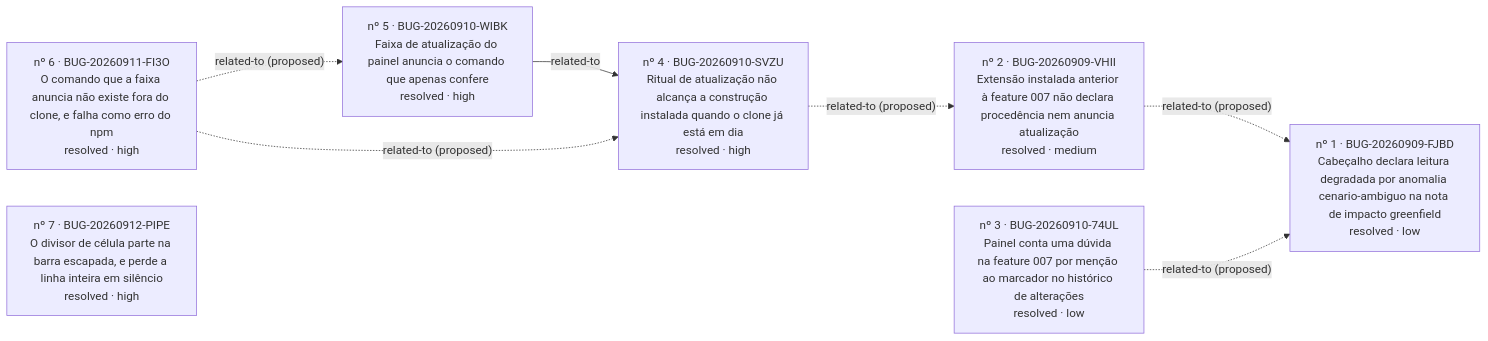
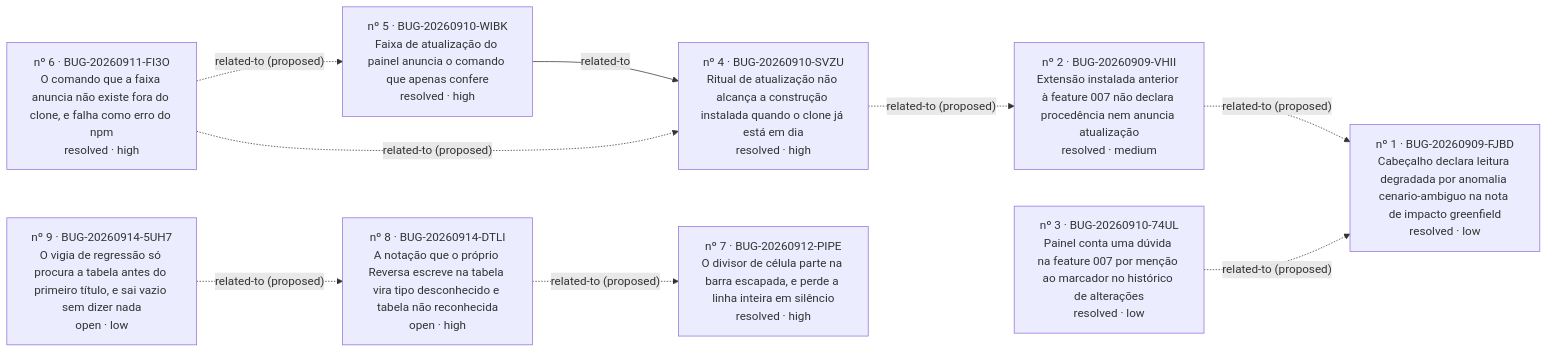
Before and after one commit to iago-leal/reversa-views: the diagram in _reversa_bugs/painel-do-processo/generated/graph.md, drawn with Mermaid. The commit also changed other lines of this file and 15 other files, not shown here.

````diff
--- a/_reversa_bugs/painel-do-processo/generated/graph.md
+++ b/_reversa_bugs/painel-do-processo/generated/graph.md
@@ -4,16 +4,20 @@
 ```mermaid
 graph LR
   BUG_20260909_FJBD["nº 1 · BUG-20260909-FJBD<br/>Cabeçalho declara leitura degradada por anomalia cenario-ambiguo na nota de impacto greenfield<br/>resolved · low"]
   BUG_20260909_VHII["nº 2 · BUG-20260909-VHII<br/>Extensão instalada anterior à feature 007 não declara procedência nem anuncia atualização<br/>resolved · medium"]
   BUG_20260910_74UL["nº 3 · BUG-20260910-74UL<br/>Painel conta uma dúvida na feature 007 por menção ao marcador no histórico de alterações<br/>resolved · low"]
   BUG_20260910_SVZU["nº 4 · BUG-20260910-SVZU<br/>Ritual de atualização não alcança a construção instalada quando o clone já está em dia<br/>resolved · high"]
   BUG_20260910_WIBK["nº 5 · BUG-20260910-WIBK<br/>Faixa de atualização do painel anuncia o comando que apenas confere<br/>resolved · high"]
   BUG_20260911_FI3O["nº 6 · BUG-20260911-FI3O<br/>O comando que a faixa anuncia não existe fora do clone, e falha como erro do npm<br/>resolved · high"]
   BUG_20260912_PIPE["nº 7 · BUG-20260912-PIPE<br/>O divisor de célula parte na barra escapada, e perde a linha inteira em silêncio<br/>resolved · high"]
+  BUG_20260914_5UH7["nº 9 · BUG-20260914-5UH7<br/>O vigia de regressão só procura a tabela antes do primeiro título, e sai vazio sem dizer nada<br/>open · low"]
+  BUG_20260914_DTLI["nº 8 · BUG-20260914-DTLI<br/>A notação que o próprio Reversa escreve na tabela vira tipo desconhecido e tabela não reconhecida<br/>open · high"]
   BUG_20260909_VHII -. related-to (proposed) .-> BUG_20260909_FJBD
   BUG_20260910_74UL -. related-to (proposed) .-> BUG_20260909_FJBD
   BUG_20260910_SVZU -. related-to (proposed) .-> BUG_20260909_VHII
   BUG_20260910_WIBK -- related-to --> BUG_20260910_SVZU
   BUG_20260911_FI3O -. related-to (proposed) .-> BUG_20260910_WIBK
   BUG_20260911_FI3O -. related-to (proposed) .-> BUG_20260910_SVZU
+  BUG_20260914_5UH7 -. related-to (proposed) .-> BUG_20260914_DTLI
+  BUG_20260914_DTLI -. related-to (proposed) .-> BUG_20260912_PIPE
 ```
````
